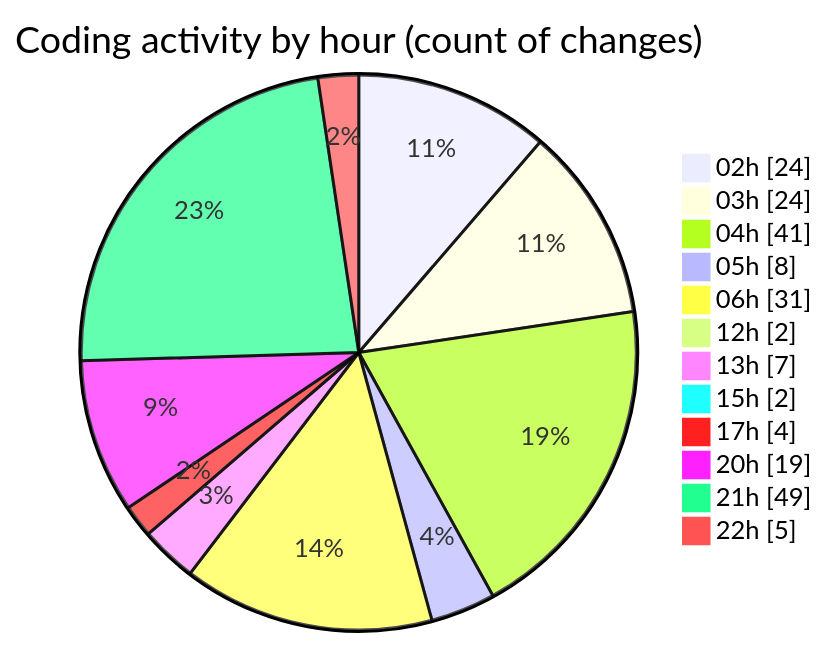
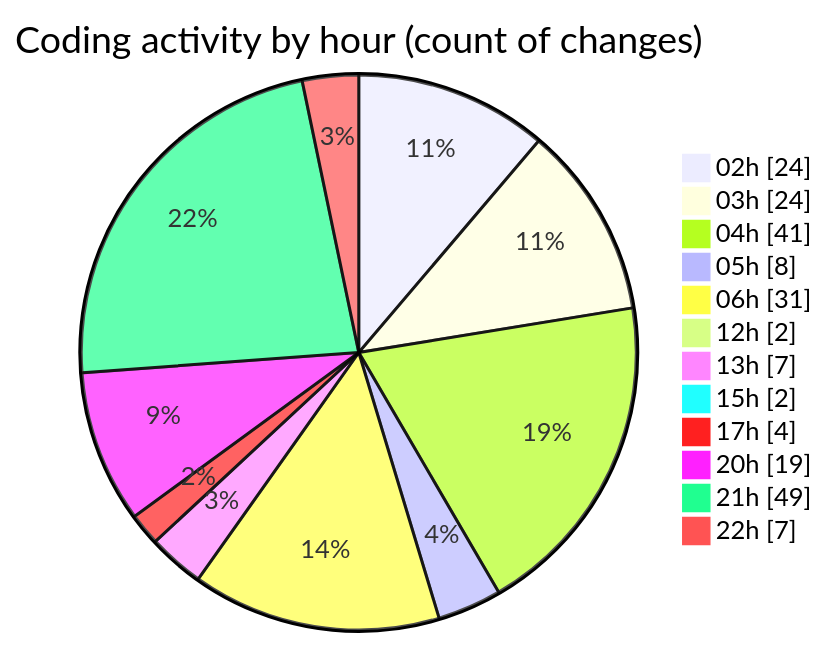
The second of 2 diagrams in 2025-07-23/quanlyrapchieuphim/README.md (lephambinh05/code-tracking), drawn with Mermaid before and after one commit. The commit also changed other lines of this file and 1 other file, not shown here.

````diff
--- a/2025-07-23/quanlyrapchieuphim/README.md
+++ b/2025-07-23/quanlyrapchieuphim/README.md
@@ -44,16 +44,16 @@
 ```mermaid
 pie showData
 title Coding activity by hour (count of changes)
 "02h" : 24
 "03h" : 24
 "04h" : 41
 "05h" : 8
 "06h" : 31
 "12h" : 2
 "13h" : 7
 "15h" : 2
 "17h" : 4
 "20h" : 19
 "21h" : 49
-"22h" : 5
+"22h" : 7
 ```
````
